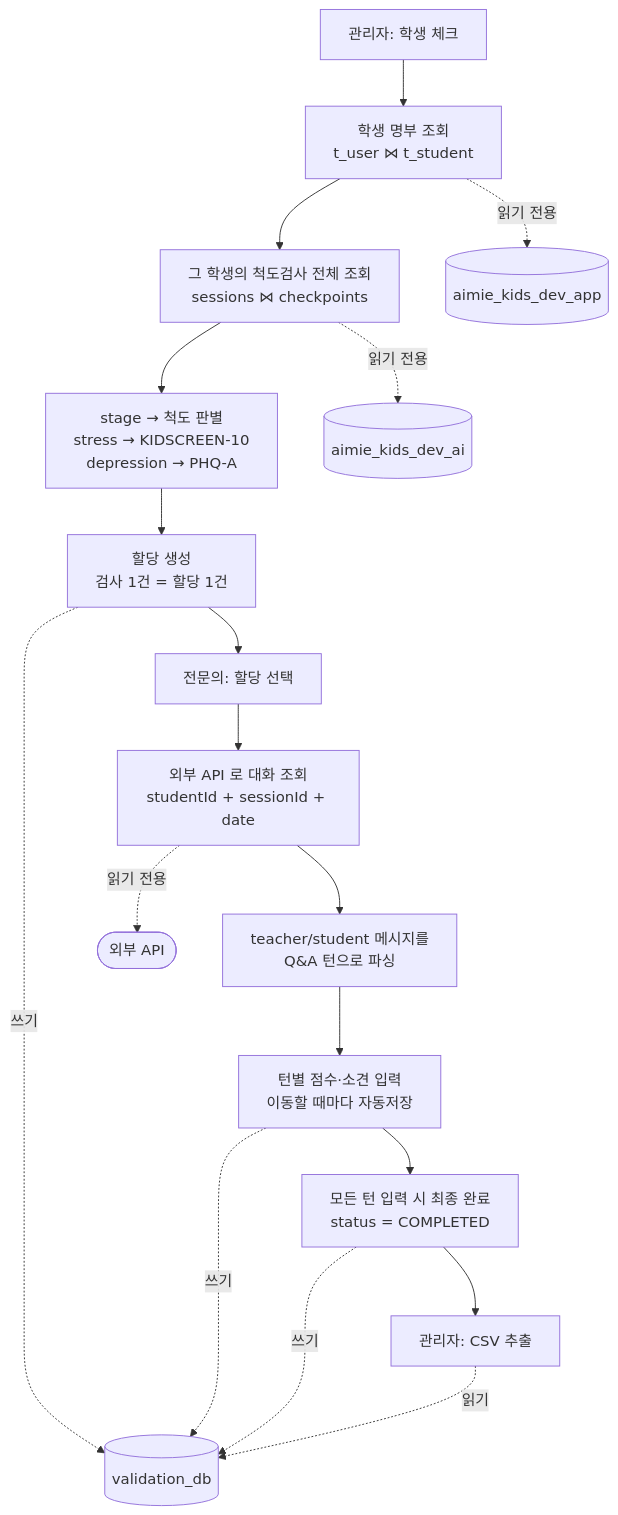
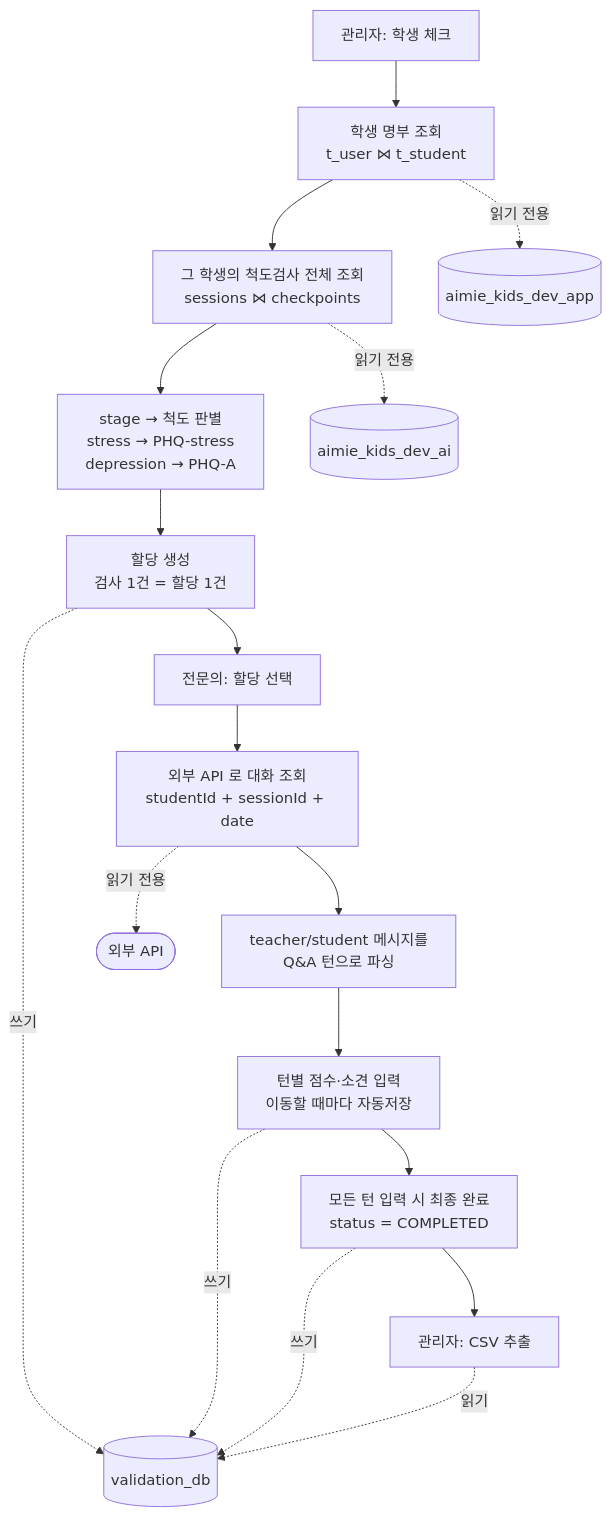
The second of 2 diagrams in README.md (OC-JSPark/Test_validation_doctor), drawn with Mermaid before and after one commit. The commit also changed other lines of this file and 1 other file, not shown here.

First line of the commit message:
docs: PHQ-stress 척도와 3점 선택지 반영

````diff
--- a/README.md
+++ b/README.md
@@ -88,21 +88,21 @@
 ```mermaid
 flowchart TD
     A["관리자: 학생 체크"] --> B["학생 명부 조회<br/>t_user ⋈ t_student"]
     B --> C["그 학생의 척도검사 전체 조회<br/>sessions ⋈ checkpoints"]
-    C --> D["stage → 척도 판별<br/>stress → KIDSCREEN-10<br/>depression → PHQ-A"]
+    C --> D["stage → 척도 판별<br/>stress → PHQ-stress<br/>depression → PHQ-A"]
     D --> E["할당 생성<br/>검사 1건 = 할당 1건"]
     E --> F["전문의: 할당 선택"]
     F --> G["외부 API 로 대화 조회<br/>studentId + sessionId + date"]
     G --> H["teacher/student 메시지를<br/>Q&A 턴으로 파싱"]
     H --> I["턴별 점수·소견 입력<br/>이동할 때마다 자동저장"]
     I --> J["모든 턴 입력 시 최종 완료<br/>status = COMPLETED"]
     J --> K["관리자: CSV 추출"]
 
     B -.읽기 전용.-> DB1[("aimie_kids_dev_app")]
     C -.읽기 전용.-> DB2[("aimie_kids_dev_ai")]
     G -.읽기 전용.-> API(["외부 API"])
     E -.쓰기.-> DB3[("validation_db")]
     I -.쓰기.-> DB3
     J -.쓰기.-> DB3
     K -.읽기.-> DB3
 ```
````
